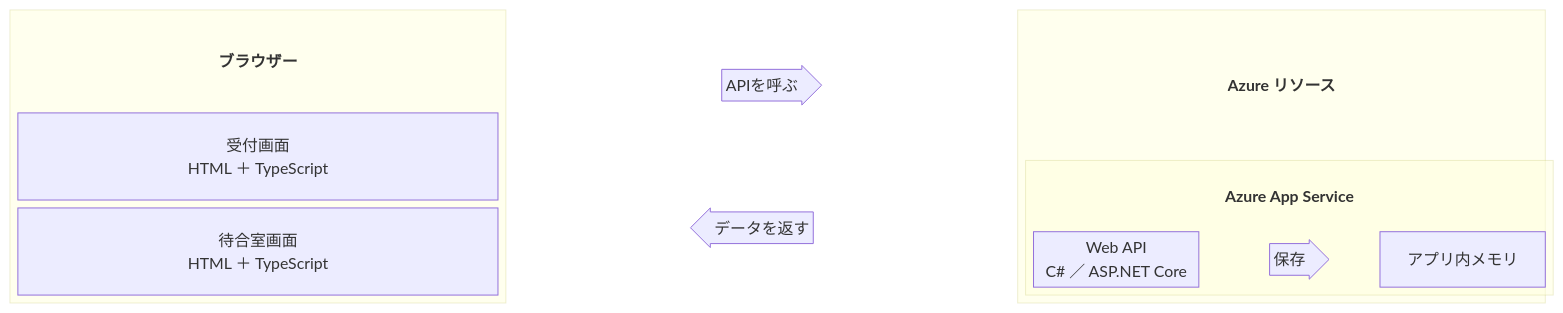
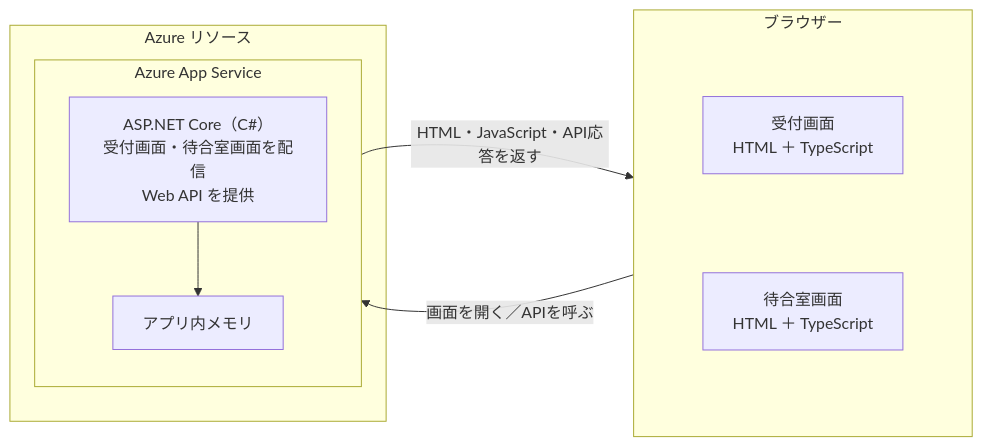
Before and after one commit to 238endo/WaitingRoom: the first of 2 diagrams in docs/詳細設計.md, drawn with Mermaid. The commit also changed other lines of this file and 1 other file, not shown here.

````diff
--- a/docs/詳細設計.md
+++ b/docs/詳細設計.md
@@ -11,29 +11,17 @@
 ```mermaid
-block
-    columns 3
-    block:Browser
-        columns 1
-        BrowserTitle["ブラウザー"]
-        Reception["受付画面<br/>HTML ＋ TypeScript"]
-        Waiting["待合室画面<br/>HTML ＋ TypeScript"]
-    end
-    block:Communication
-        columns 1
-        Request<["APIを呼ぶ"]>(right)
-        Response<["データを返す"]>(left)
-    end
-    block:Azure
-        columns 1
-        AzureTitle["Azure リソース"]
-        block:App
-            columns 3
-            AppTitle["Azure App Service"]:3
-            Api["Web API<br/>C# ／ ASP.NET Core"]
-            Save<["保存"]>(right)
-            Memory["アプリ内メモリ"]
+flowchart LR
+    subgraph Browser["ブラウザー"]
+        subgraph Screens[" "]
+            direction TB
+            R["受付画面<br/>HTML ＋ TypeScript"] ~~~ W["待合室画面<br/>HTML ＋ TypeScript"]
         end
     end
-    classDef heading fill:transparent,stroke:transparent,font-weight:bold
-    class BrowserTitle,AzureTitle,AppTitle heading
-    style Communication fill:transparent,stroke:transparent
+    subgraph Azure["Azure リソース"]
+        subgraph App[Azure App Service]
+            A["ASP.NET Core（C#）<br/>受付画面・待合室画面を配信<br/>Web API を提供"] --> M["アプリ内メモリ"]
+        end
+    end
+    Browser -->|画面を開く／APIを呼ぶ| App
+    App -->|HTML・JavaScript・API応答を返す| Browser
+    style Screens fill:none,stroke:none
 ```
````
